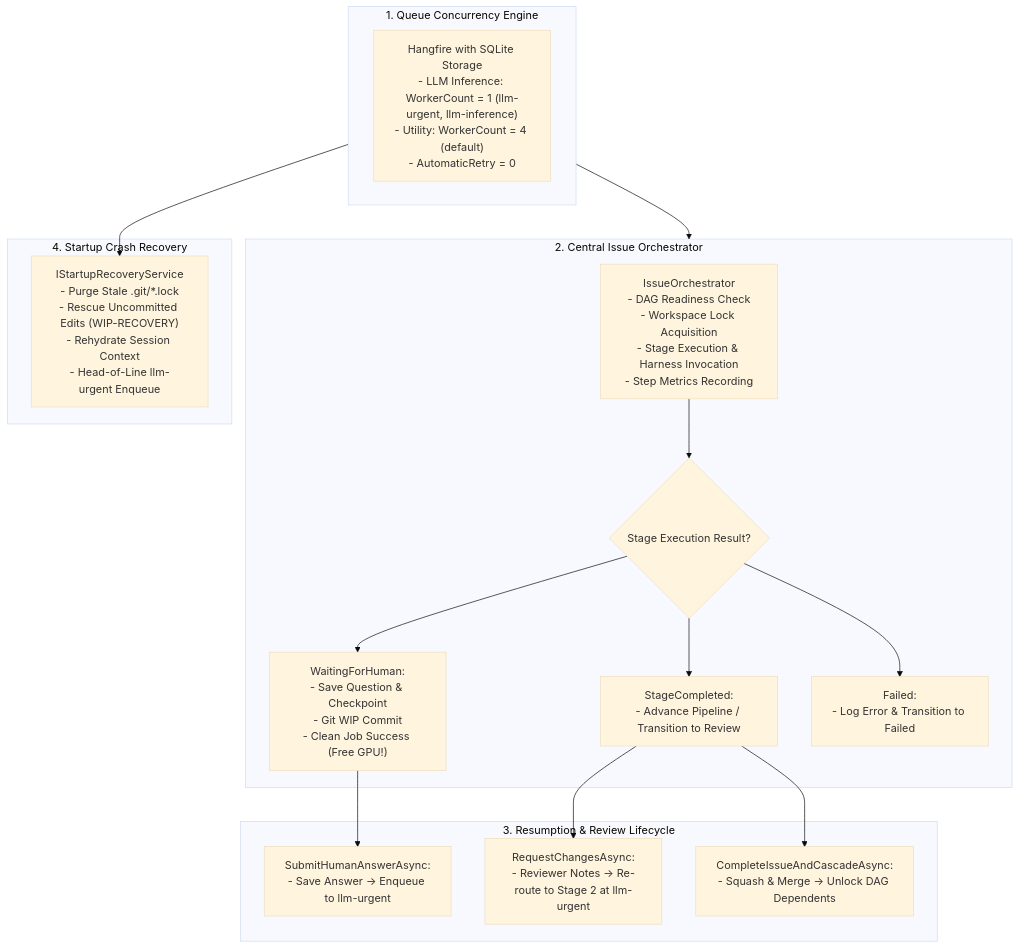
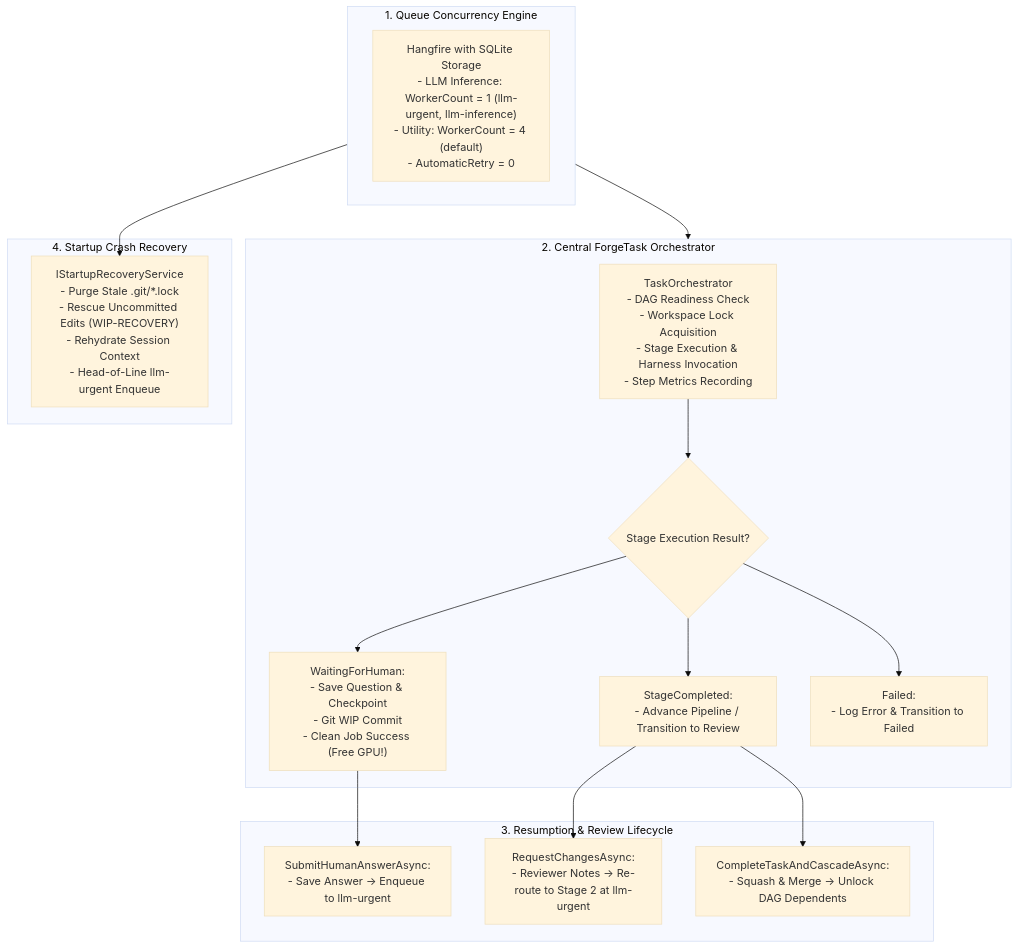
The diagram in docs/plan/03_QUEUE_AND_ORCHESTRATION_ENGINE.md (jetelain/NightCodeForge), drawn with Mermaid (base theme) before and after one commit. The commit also changed other lines of this file and 151 other files, not shown here.

Commit message:
Issue -> Task

````diff
--- a/docs/plan/03_QUEUE_AND_ORCHESTRATION_ENGINE.md
+++ b/docs/plan/03_QUEUE_AND_ORCHESTRATION_ENGINE.md
@@ -16,34 +16,34 @@
 ```mermaid
 flowchart TD
     subgraph Step1 ["1. Queue Concurrency Engine"]
         Hangfire["Hangfire with SQLite Storage\n- LLM Inference: WorkerCount = 1 (llm-urgent, llm-inference)\n- Utility: WorkerCount = 4 (default)\n- AutomaticRetry = 0"]
     end
 
-    subgraph Step2 ["2. Central Issue Orchestrator"]
-        Orchestrator["IssueOrchestrator\n- DAG Readiness Check\n- Workspace Lock Acquisition\n- Stage Execution & Harness Invocation\n- Step Metrics Recording"]
+    subgraph Step2 ["2. Central ForgeTask Orchestrator"]
+        Orchestrator["TaskOrchestrator\n- DAG Readiness Check\n- Workspace Lock Acquisition\n- Stage Execution & Harness Invocation\n- Step Metrics Recording"]
         Lifecycle{"Stage Execution Result?"}
         Wait["WaitingForHuman:\n- Save Question & Checkpoint\n- Git WIP Commit\n- Clean Job Success (Free GPU!)"]
         Complete["StageCompleted:\n- Advance Pipeline / Transition to Review"]
         Fail["Failed:\n- Log Error & Transition to Failed"]
     end
 
     subgraph Step3 ["3. Resumption & Review Lifecycle"]
         Answer["SubmitHumanAnswerAsync:\n- Save Answer -> Enqueue to llm-urgent"]
         RequestChanges["RequestChangesAsync:\n- Reviewer Notes -> Re-route to Stage 2 at llm-urgent"]
-        Approve["CompleteIssueAndCascadeAsync:\n- Squash & Merge -> Unlock DAG Dependents"]
+        Approve["CompleteTaskAndCascadeAsync:\n- Squash & Merge -> Unlock DAG Dependents"]
     end
 
     subgraph Step4 ["4. Startup Crash Recovery"]
         Recovery["IStartupRecoveryService\n- Purge Stale .git/*.lock\n- Rescue Uncommitted Edits (WIP-RECOVERY)\n- Rehydrate Session Context\n- Head-of-Line llm-urgent Enqueue"]
     end
 
     Step1 --> Step2
     Orchestrator --> Lifecycle
     Lifecycle --> Wait
     Lifecycle --> Complete
     Lifecycle --> Fail
     Wait --> Answer
     Complete --> Approve
     Complete --> RequestChanges
     Step1 --> Recovery
 ```
````
